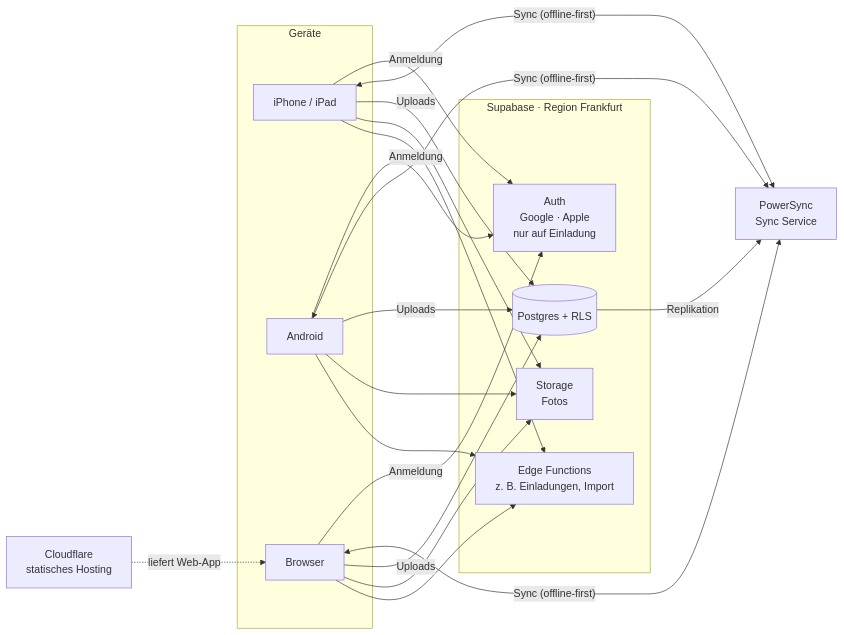
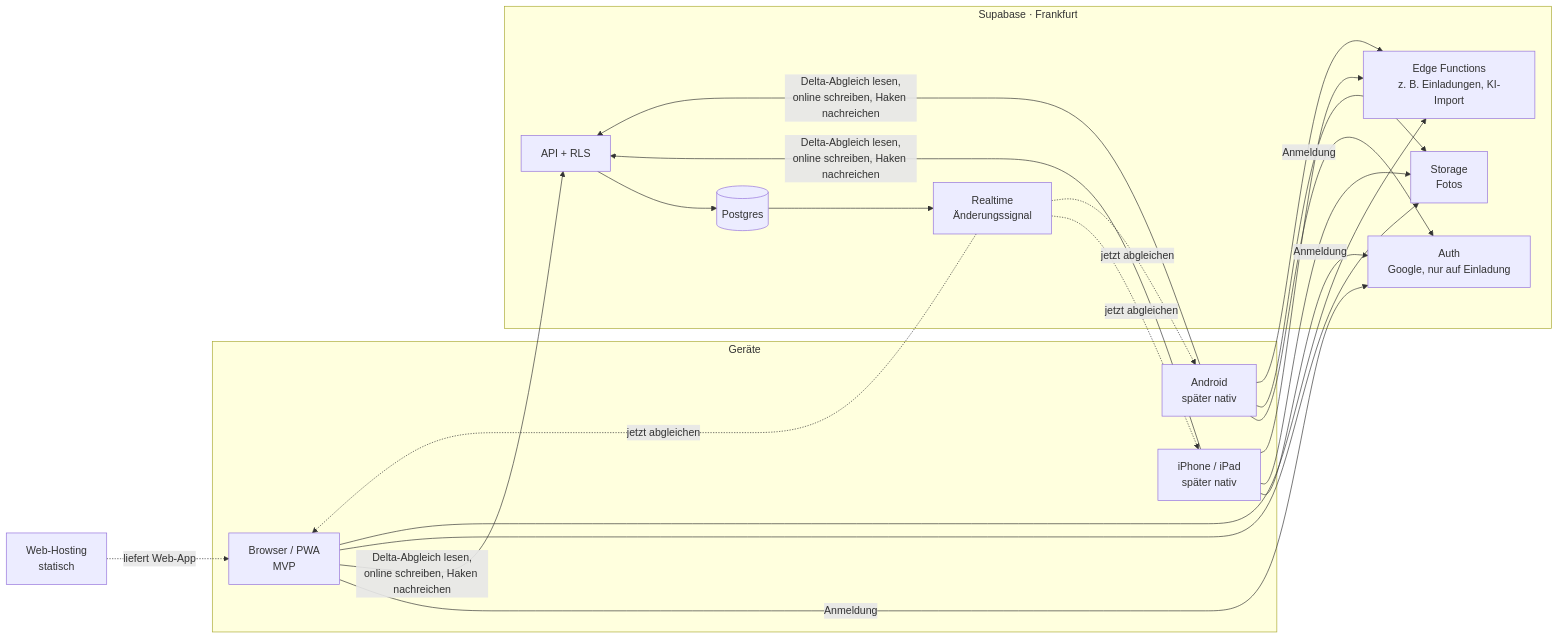
One commit to enricogoerlitz/housekeeping-app changed the first of 2 diagrams in docs/architecture/overview.md. Above: the diagram before and after it, drawn with Mermaid. The commit also changed other lines of this file and 48 other files, not shown here.

First line of the commit message:
docs: replace PowerSync with own delta sync (ADR-0008)

````diff
--- a/docs/architecture/overview.md
+++ b/docs/architecture/overview.md
@@ -5,22 +5,24 @@
 ```mermaid
 flowchart LR
   subgraph Geraete[Geräte]
-    iOS[iPhone / iPad]
-    And[Android]
-    Web[Browser]
+    Web[Browser / PWA<br/>MVP]
+    iOS[iPhone / iPad<br/>später nativ]
+    And[Android<br/>später nativ]
   end
-  CF[Cloudflare<br/>statisches Hosting] -. liefert Web-App .-> Web
-  subgraph SB[Supabase · Region Frankfurt]
-    Auth[Auth<br/>Google · Apple<br/>nur auf Einladung]
-    PG[(Postgres + RLS)]
+  H[Web-Hosting<br/>statisch] -. liefert Web-App .-> Web
+  subgraph SB[Supabase · Frankfurt]
+    Auth[Auth<br/>Google, nur auf Einladung]
+    API[API + RLS]
+    PG[(Postgres)]
+    RT[Realtime<br/>Änderungssignal]
     ST[Storage<br/>Fotos]
-    EF[Edge Functions<br/>z. B. Einladungen, Import]
+    EF[Edge Functions<br/>z. B. Einladungen, KI-Import]
   end
-  PS[PowerSync<br/>Sync Service]
-  iOS & And & Web -- Anmeldung --> Auth
-  iOS & And & Web <-- "Sync (offline-first)" --> PS
-  iOS & And & Web -- Uploads --> PG
-  PG -- Replikation --> PS
-  iOS & And & Web --> ST
-  iOS & And & Web --> EF
+  Web & iOS & And -- Anmeldung --> Auth
+  Web & iOS & And -- "Delta-Abgleich lesen,<br/>online schreiben, Haken nachreichen" --> API
+  API --> PG
+  PG --> RT
+  RT -. "jetzt abgleichen" .-> Web & iOS & And
+  Web & iOS & And --> ST
+  Web & iOS & And --> EF
 ```
````
